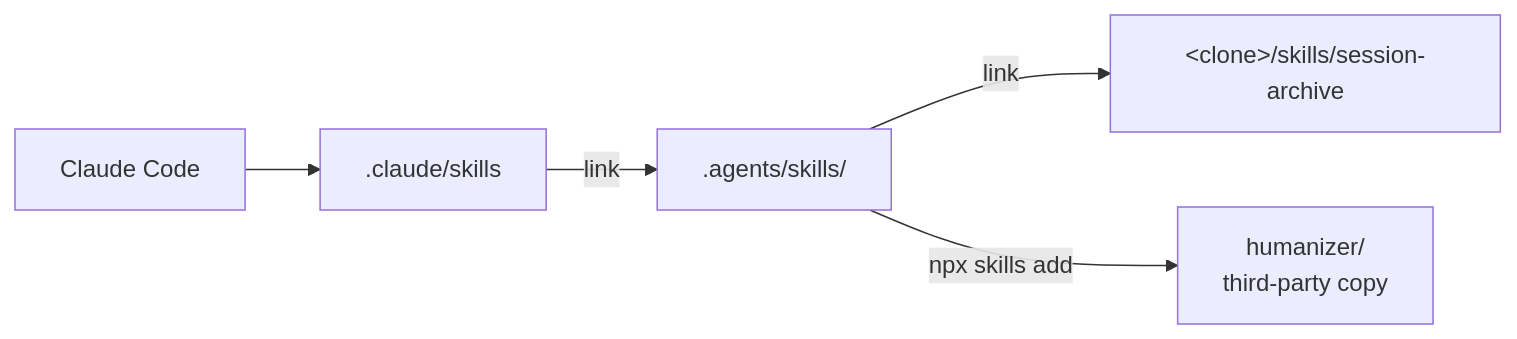
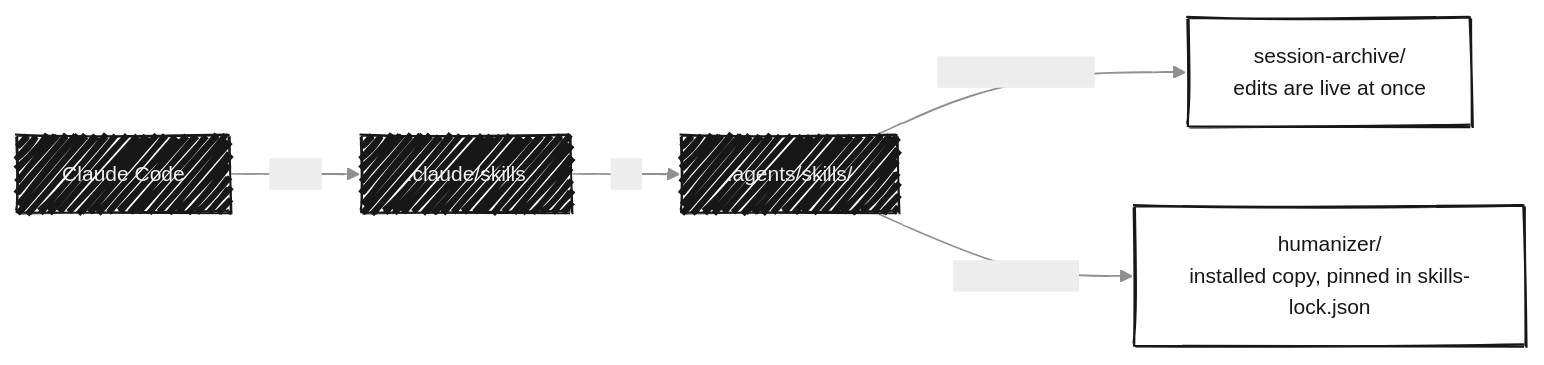
The second of 5 diagrams in README.md (dotagents-org/dotagents-core), drawn with Mermaid before and after one commit. The commit also changed other lines of this file and 2 other files, not shown here.

Commit message:
📝 docs: redraw the readme and architecture diagrams for the profiles and the live usage

````diff
--- a/README.md
+++ b/README.md
@@ -81,7 +70,9 @@
 ```mermaid
+%%{init: {"look": "handDrawn", "handDrawnSeed": 3, "theme": "base", "themeVariables": {"fontFamily": "Geist Mono, ui-monospace, SFMono-Regular, Menlo, Consolas, monospace", "fontSize": "14px", "primaryColor": "#171717", "primaryTextColor": "#ededed", "primaryBorderColor": "#171717", "lineColor": "#8f8f8f", "textColor": "#171717", "edgeLabelBackground": "#ededed", "clusterBkg": "transparent", "clusterBorder": "#8f8f8f", "titleColor": "#808080"}}}%%
 flowchart LR
-    cc["Claude Code"] --> cskills[".claude/skills"]
+    cc["Claude Code"] -- "reads" --> cskills[".claude/skills"]
     cskills -- "link" --> askills[".agents/skills/"]
-    askills -- "link" --> own["&lt;clone&gt;/skills/session-archive"]
-    askills -- "npx skills add" --> third["humanizer/<br/>third-party copy"]
+    askills -- "link to your clone" --> own["session-archive/<br/>edits are live at once"]:::result
+    askills -- "npx skills add" --> third["humanizer/<br/>installed copy, pinned in skills-lock.json"]:::result
+    classDef result fill:#ffffff,stroke:#171717,stroke-width:1.5px,color:#171717
 ```
````
